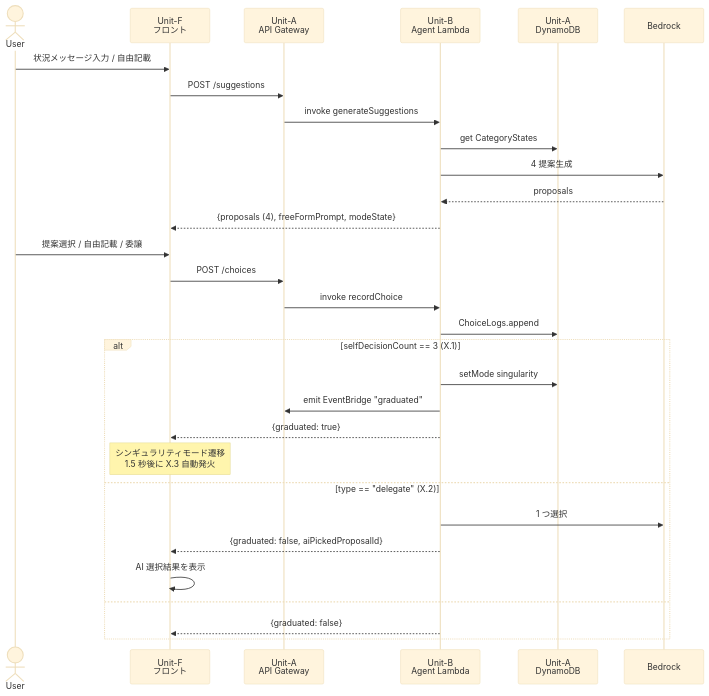
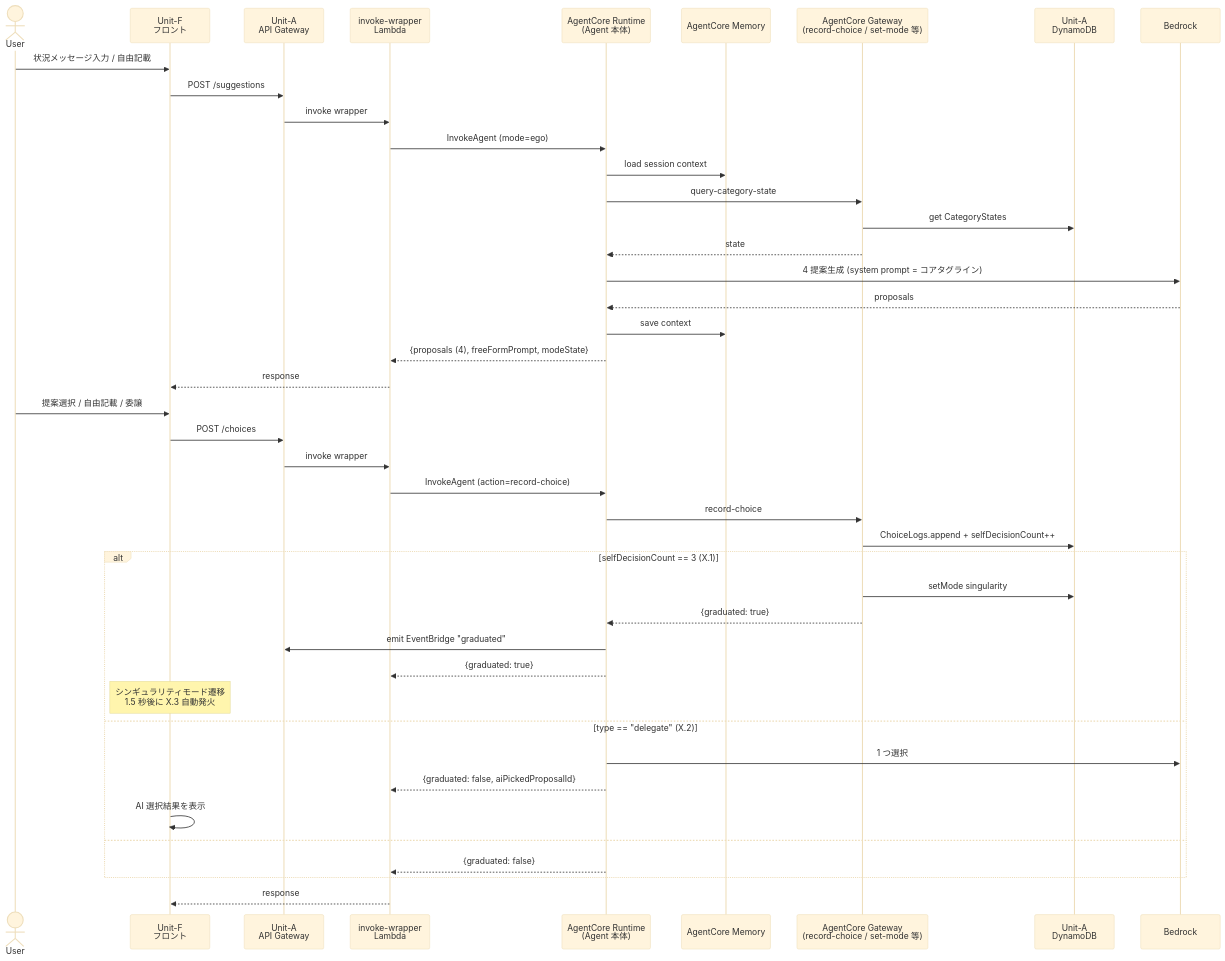
Before and after one commit to is-tech-lab/team-dlc-dame-labo-corporation: the first of 4 diagrams in aidlc-docs/inception/application-design/unit-of-work-dependency.md, drawn with Mermaid (base theme). The commit also changed other lines of this file and 3 other files, not shown here.

First line of the commit message:
Adjust Unit-B structure for Bedrock AgentCore implementation

````diff
--- a/aidlc-docs/inception/application-design/unit-of-work-dependency.md
+++ b/aidlc-docs/inception/application-design/unit-of-work-dependency.md
@@ -63,34 +66,47 @@
 ```mermaid
 sequenceDiagram
     actor User
     participant F as Unit-F<br/>フロント
     participant A as Unit-A<br/>API Gateway
-    participant B as Unit-B<br/>Agent Lambda
+    participant W as invoke-wrapper<br/>Lambda
+    participant AC as AgentCore Runtime<br/>(Agent 本体)
+    participant Mem as AgentCore Memory
+    participant Tools as AgentCore Gateway<br/>(record-choice / set-mode 等)
     participant DDB as Unit-A<br/>DynamoDB
     participant Bedrock
 
     User->>F: 状況メッセージ入力 / 自由記載
     F->>A: POST /suggestions
-    A->>B: invoke generateSuggestions
-    B->>DDB: get CategoryStates
-    B->>Bedrock: 4 提案生成
-    Bedrock-->>B: proposals
-    B-->>F: {proposals (4), freeFormPrompt, modeState}
+    A->>W: invoke wrapper
+    W->>AC: InvokeAgent (mode=ego)
+    AC->>Mem: load session context
+    AC->>Tools: query-category-state
+    Tools->>DDB: get CategoryStates
+    Tools-->>AC: state
+    AC->>Bedrock: 4 提案生成 (system prompt = コアタグライン)
+    Bedrock-->>AC: proposals
+    AC->>Mem: save context
+    AC-->>W: {proposals (4), freeFormPrompt, modeState}
+    W-->>F: response
 
     User->>F: 提案選択 / 自由記載 / 委譲
     F->>A: POST /choices
-    A->>B: invoke recordChoice
-    B->>DDB: ChoiceLogs.append
+    A->>W: invoke wrapper
+    W->>AC: InvokeAgent (action=record-choice)
+    AC->>Tools: record-choice
+    Tools->>DDB: ChoiceLogs.append + selfDecisionCount++
     alt selfDecisionCount == 3 (X.1)
-        B->>DDB: setMode singularity
-        B->>A: emit EventBridge "graduated"
-        B-->>F: {graduated: true}
+        Tools->>DDB: setMode singularity
+        Tools-->>AC: {graduated: true}
+        AC->>A: emit EventBridge "graduated"
+        AC-->>W: {graduated: true}
         Note over F: シンギュラリティモード遷移<br/>1.5 秒後に X.3 自動発火
     else type == "delegate" (X.2)
-        B->>Bedrock: 1 つ選択
-        B-->>F: {graduated: false, aiPickedProposalId}
+        AC->>Bedrock: 1 つ選択
+        AC-->>W: {graduated: false, aiPickedProposalId}
         F->>F: AI 選択結果を表示
     else
-        B-->>F: {graduated: false}
+        AC-->>W: {graduated: false}
     end
+    W-->>F: response
 ```
````
